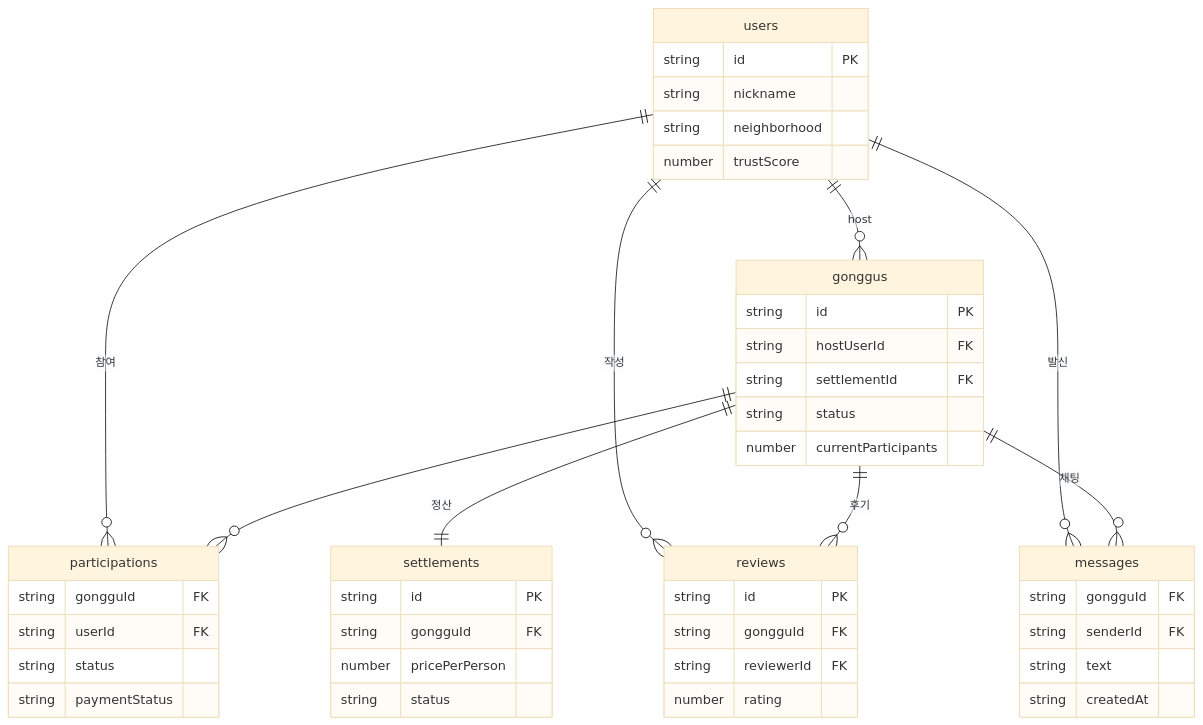
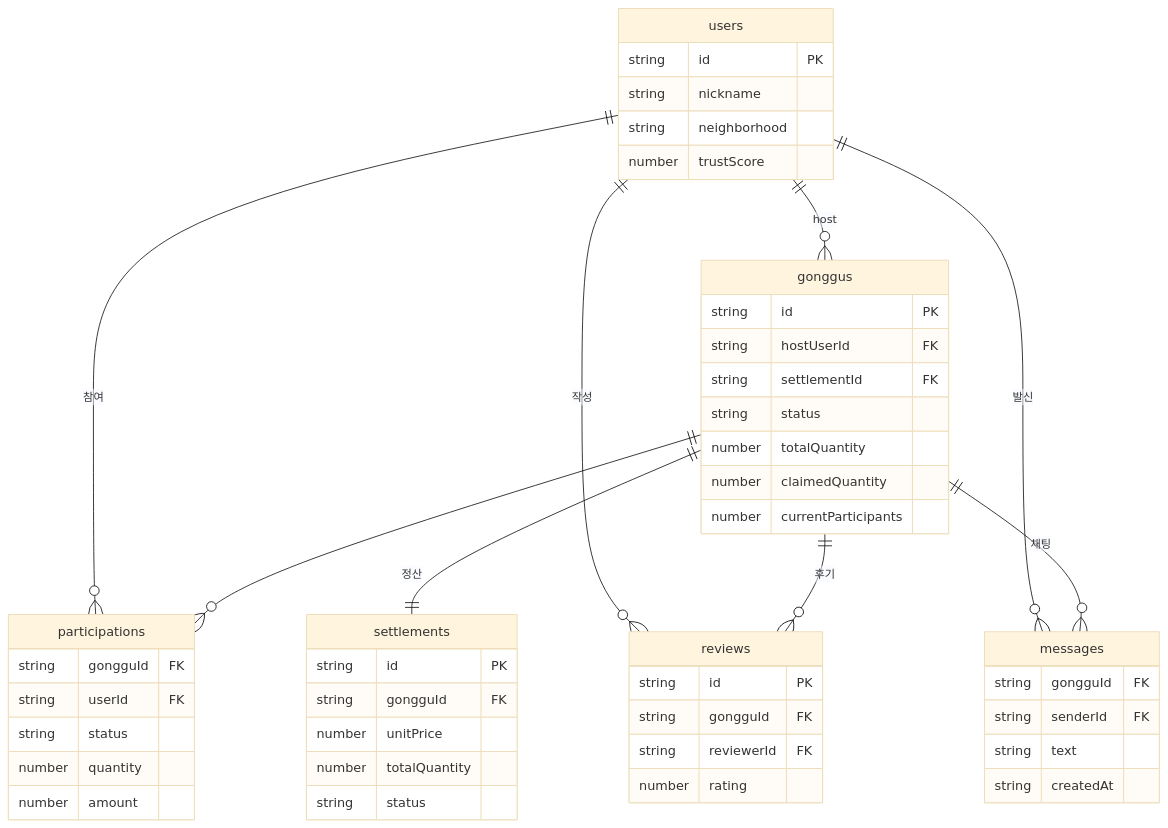
The diagram in docs/architecture.md (MOGUMOGU-TUK/mogumogu), drawn with Mermaid (base theme) before and after one commit. The commit also changed other lines of this file and 1 other file, not shown here.

````diff
--- a/docs/architecture.md
+++ b/docs/architecture.md
@@ -21,48 +21,52 @@
 ```mermaid
 erDiagram
     users ||--o{ gonggus : "host"
     users ||--o{ participations : "참여"
     users ||--o{ reviews : "작성"
     users ||--o{ messages : "발신"
     gonggus ||--o{ participations : ""
     gonggus ||--|| settlements : "정산"
     gonggus ||--o{ reviews : "후기"
     gonggus ||--o{ messages : "채팅"
     users {
         string id PK
         string nickname
         string neighborhood
         number trustScore
     }
     gonggus {
         string id PK
         string hostUserId FK
         string settlementId FK
         string status
+        number totalQuantity
+        number claimedQuantity
         number currentParticipants
     }
     participations {
         string gongguId FK
         string userId FK
         string status
-        string paymentStatus
+        number quantity
+        number amount
     }
     settlements {
         string id PK
         string gongguId FK
-        number pricePerPerson
+        number unitPrice
+        number totalQuantity
         string status
     }
     reviews {
         string id PK
         string gongguId FK
         string reviewerId FK
         number rating
     }
     messages {
         string gongguId FK
         string senderId FK
         string text
         string createdAt
     }
 ```
````
